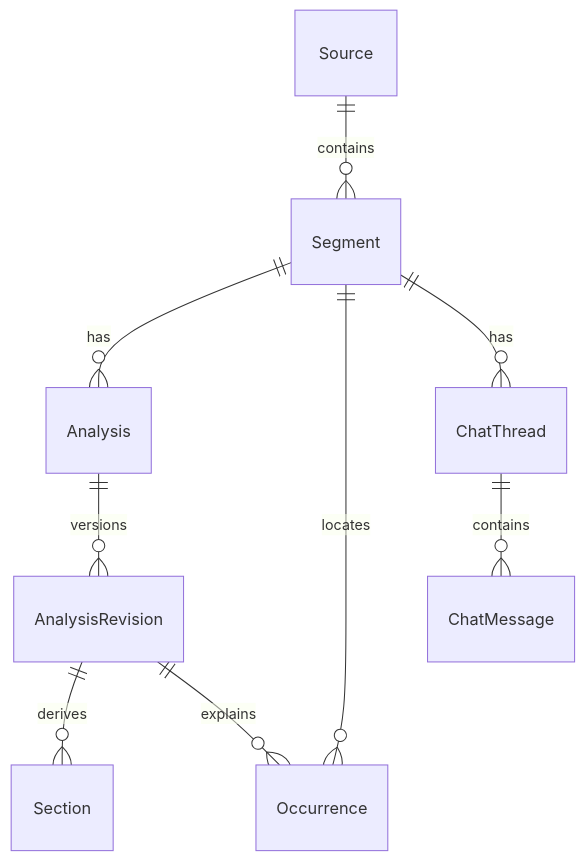
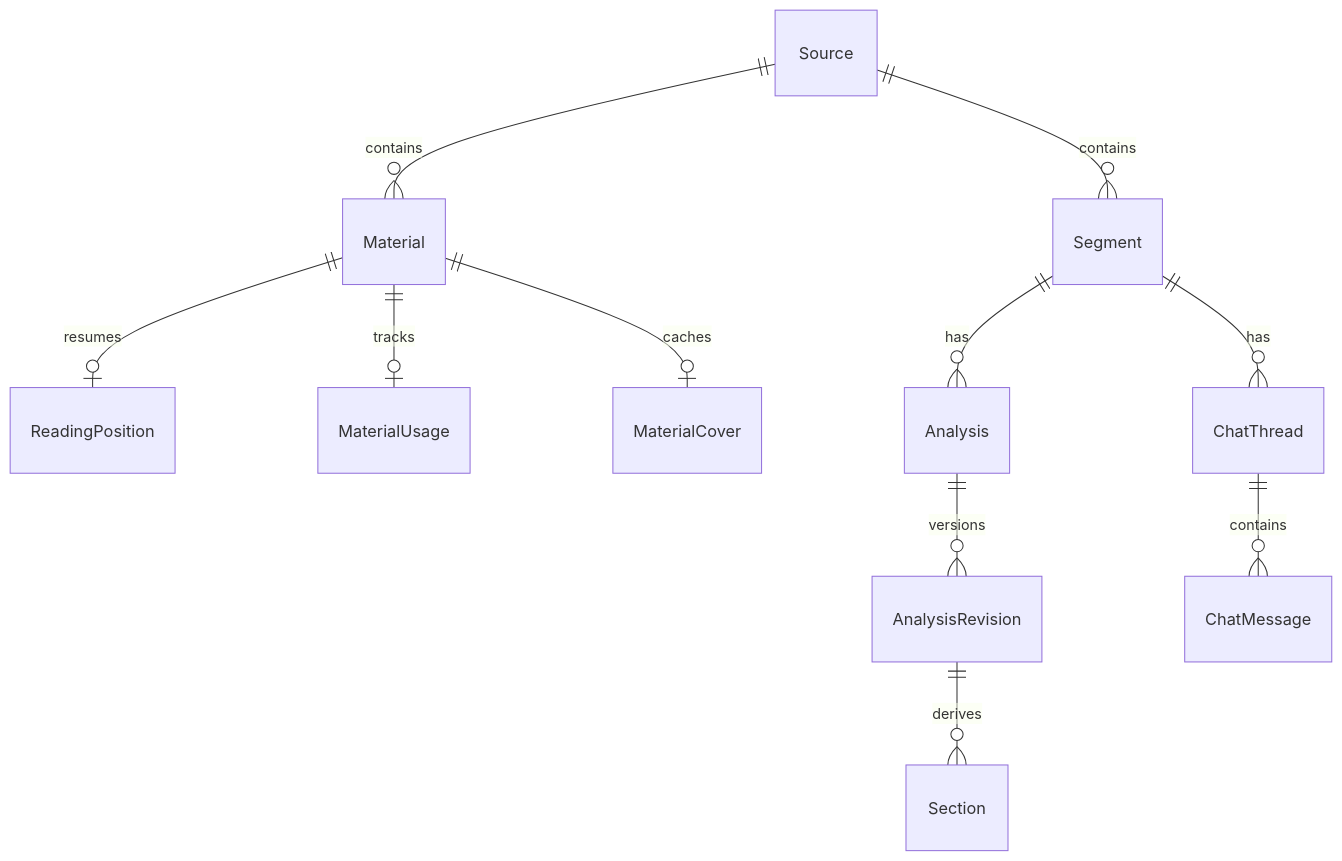
One commit to 5945ggh/folio-j changed the third of 3 diagrams in docs/ARCHITECTURE.md. Above: the diagram before and after it, drawn with Mermaid. The commit also changed other lines of this file and 17 other files, not shown here.

````diff
--- a/docs/ARCHITECTURE.md
+++ b/docs/ARCHITECTURE.md
@@ -112,11 +131,13 @@
 ```mermaid
 erDiagram
   Source ||--o{ Segment : contains
+  Source ||--o{ Material : contains
+  Material ||--o| ReadingPosition : resumes
+  Material ||--o| MaterialUsage : tracks
+  Material ||--o| MaterialCover : caches
   Segment ||--o{ Analysis : has
   Analysis ||--o{ AnalysisRevision : versions
   AnalysisRevision ||--o{ Section : derives
-  Segment ||--o{ Occurrence : locates
-  AnalysisRevision ||--o{ Occurrence : explains
   Segment ||--o{ ChatThread : has
   ChatThread ||--o{ ChatMessage : contains
 ```
````
